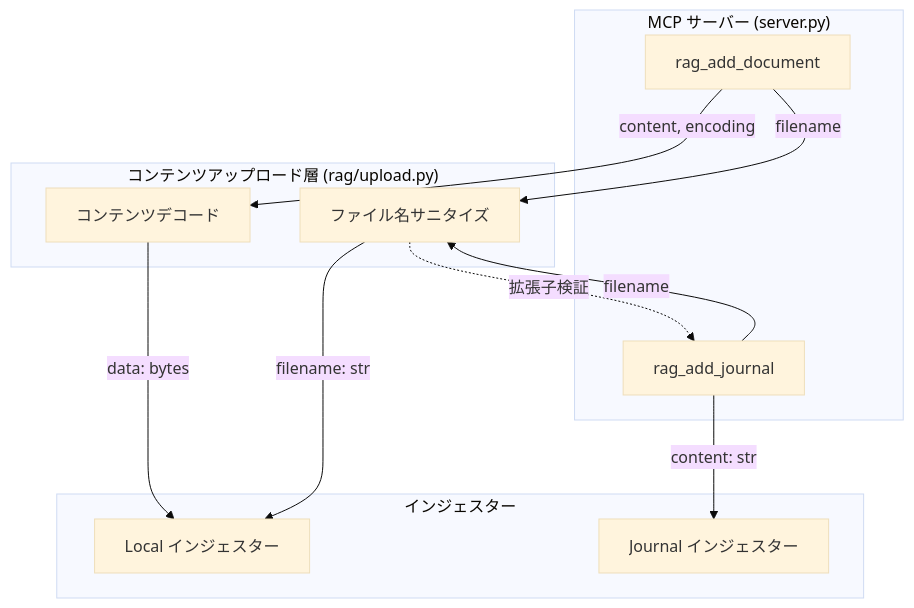
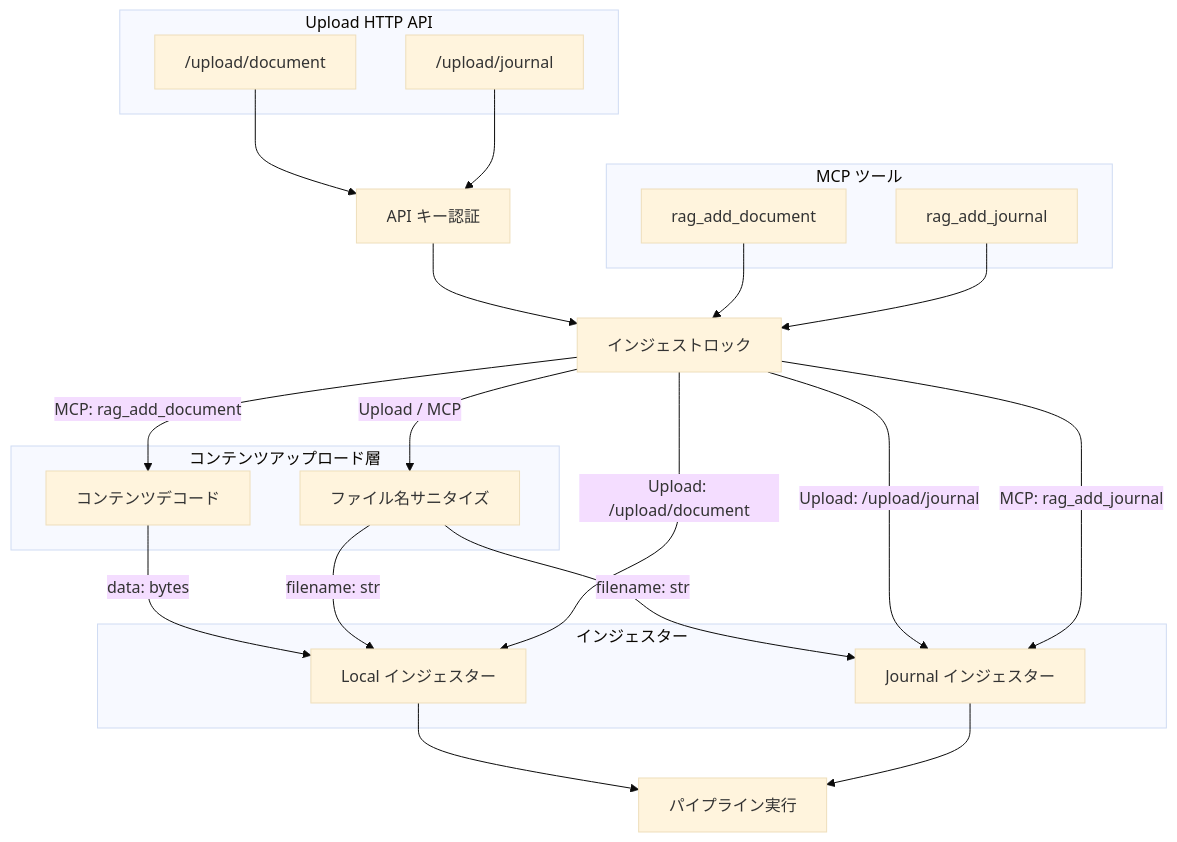
One commit to becky3/rag-knowledge changed the diagram in docs/specs/infrastructure/content-upload.md. Above: the diagram before and after it, drawn with Mermaid (base theme). The commit also changed other lines of this file, not shown here.

Commit message:
docs(content-upload): Upload HTTP API 併設の仕様を追加 (#401)

````diff
--- a/docs/specs/infrastructure/content-upload.md
+++ b/docs/specs/infrastructure/content-upload.md
@@ -64,25 +199,46 @@
 ```mermaid
 flowchart TB
-    subgraph MCP["MCP サーバー (server.py)"]
+    subgraph HTTP["Upload HTTP API"]
+        UD["/upload/document"]
+        UJ["/upload/journal"]
+    end
+
+    subgraph MCP["MCP ツール"]
         T1["rag_add_document"]
         T2["rag_add_journal"]
     end
 
-    subgraph Upload["コンテンツアップロード層 (rag/upload.py)"]
+    AUTH["API キー認証"]
+    LOCK["インジェストロック"]
+
+    subgraph Upload["コンテンツアップロード層"]
         DEC["コンテンツデコード"]
         SAN["ファイル名サニタイズ"]
     end
 
     subgraph Ingesters["インジェスター"]
         LI["Local インジェスター"]
         JI["Journal インジェスター"]
     end
 
-    T1 -->|content, encoding| DEC
-    T1 -->|filename| SAN
-    T2 -->|filename| SAN
-    T2 -->|content: str| JI
+    PIPE["パイプライン実行"]
+
+    UD --> AUTH
+    UJ --> AUTH
+    AUTH --> LOCK
+    T1 --> LOCK
+    T2 --> LOCK
+
+    LOCK -->|MCP: rag_add_document| DEC
+    LOCK -->|Upload / MCP| SAN
     DEC -->|data: bytes| LI
     SAN -->|filename: str| LI
-    SAN -.->|拡張子検証| T2
+    SAN -->|filename: str| JI
+
+    LOCK -->|Upload: /upload/document| LI
+    LOCK -->|Upload: /upload/journal| JI
+    LOCK -->|MCP: rag_add_journal| JI
+
+    LI --> PIPE
+    JI --> PIPE
 ```
````
